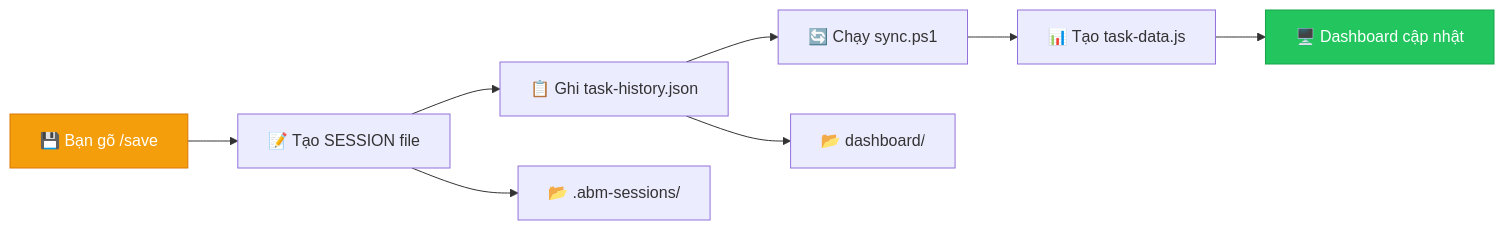
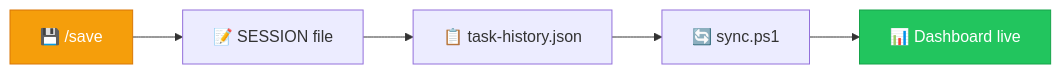
The eighth of 10 diagrams in README.md (xaotiensinh-abm/abm-workforce), drawn with Mermaid before and after one commit. The commit also changed other lines of this file and 65 other files, not shown here.

````diff
--- a/README.md
+++ b/README.md
@@ -361,14 +373,10 @@
 ```mermaid
 graph LR
-    A["💾 Bạn gõ /save"] --> B["📝 Tạo SESSION file"]
-    B --> C["📋 Ghi task-history.json"]
-    C --> D["🔄 Chạy sync.ps1"]
-    D --> E["📊 Tạo task-data.js"]
-    E --> F["🖥️ Dashboard cập nhật"]
-
-    B --> G["📂 .abm-sessions/"]
-    C --> H["📂 dashboard/"]
+    A["💾 /save"] --> B["📝 SESSION file"]
+    B --> C["📋 task-history.json"]
+    C --> D["🔄 sync.ps1"]
+    D --> E["📊 Dashboard live"]
 
     style A fill:#f59e0b,color:#fff,stroke:#d97706
-    style F fill:#22c55e,color:#fff,stroke:#16a34a
+    style E fill:#22c55e,color:#fff,stroke:#16a34a
 ```
````
